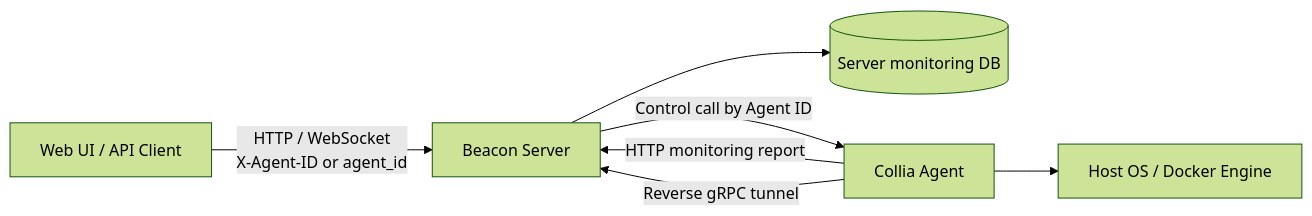
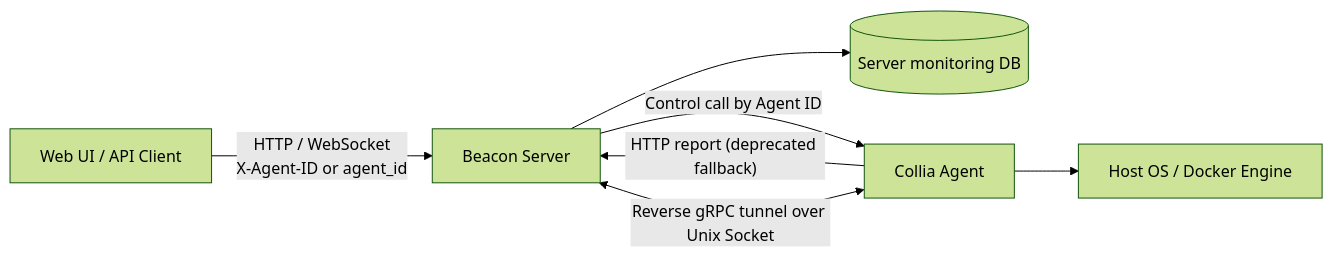
Before and after one commit to amuluze/beacon: the diagram in README.en.md, drawn with Mermaid (forest theme). The commit also changed other lines of this file and 88 other files, not shown here.

````diff
--- a/README.en.md
+++ b/README.en.md
@@ -79,9 +79,9 @@
 ```mermaid
 flowchart LR
     User["Web UI / API Client"] -->|"HTTP / WebSocket<br/>X-Agent-ID or agent_id"| Beacon["Beacon Server"]
     Beacon --> DB[("Server monitoring DB")]
-    Collia["Collia Agent"] -->|"HTTP monitoring report"| Beacon
-    Collia -->|"Reverse gRPC tunnel"| Beacon
+    Collia["Collia Agent"] -->|"HTTP report (deprecated fallback)"| Beacon
+    Collia <-->|"Reverse gRPC tunnel over Unix Socket"| Beacon
     Beacon -->|"Control call by Agent ID"| Collia
     Collia --> Runtime["Host OS / Docker Engine"]
 ```
````
